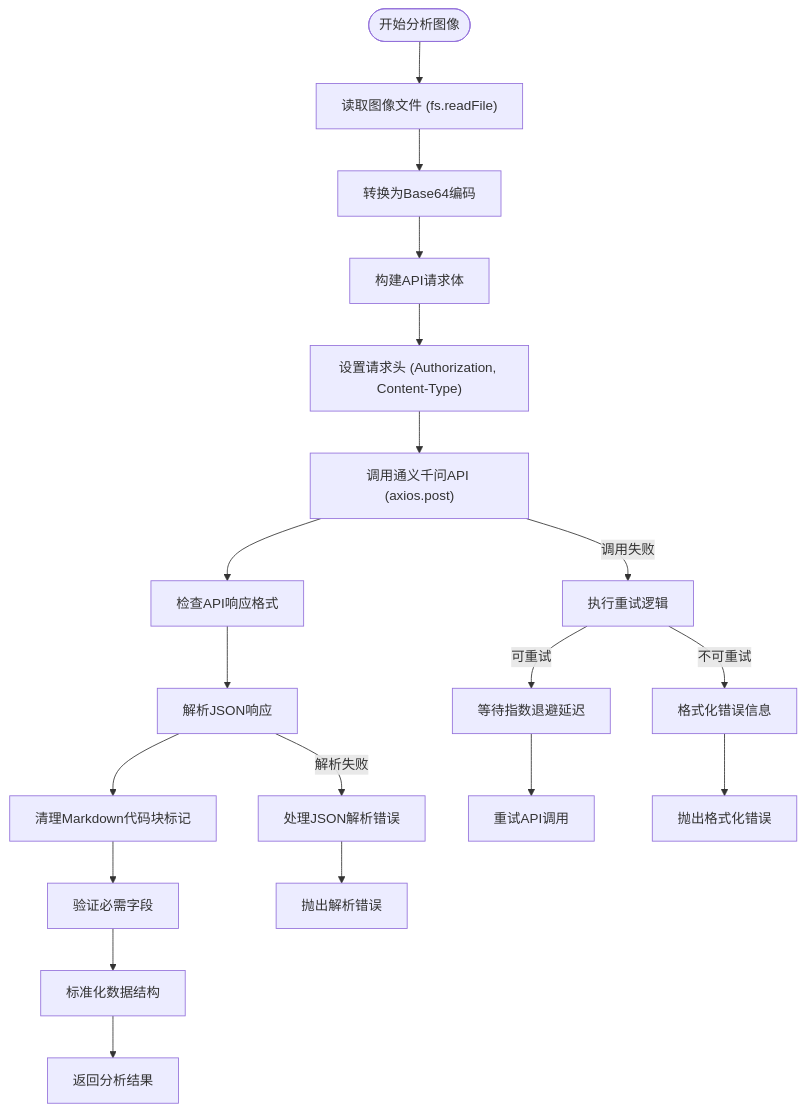
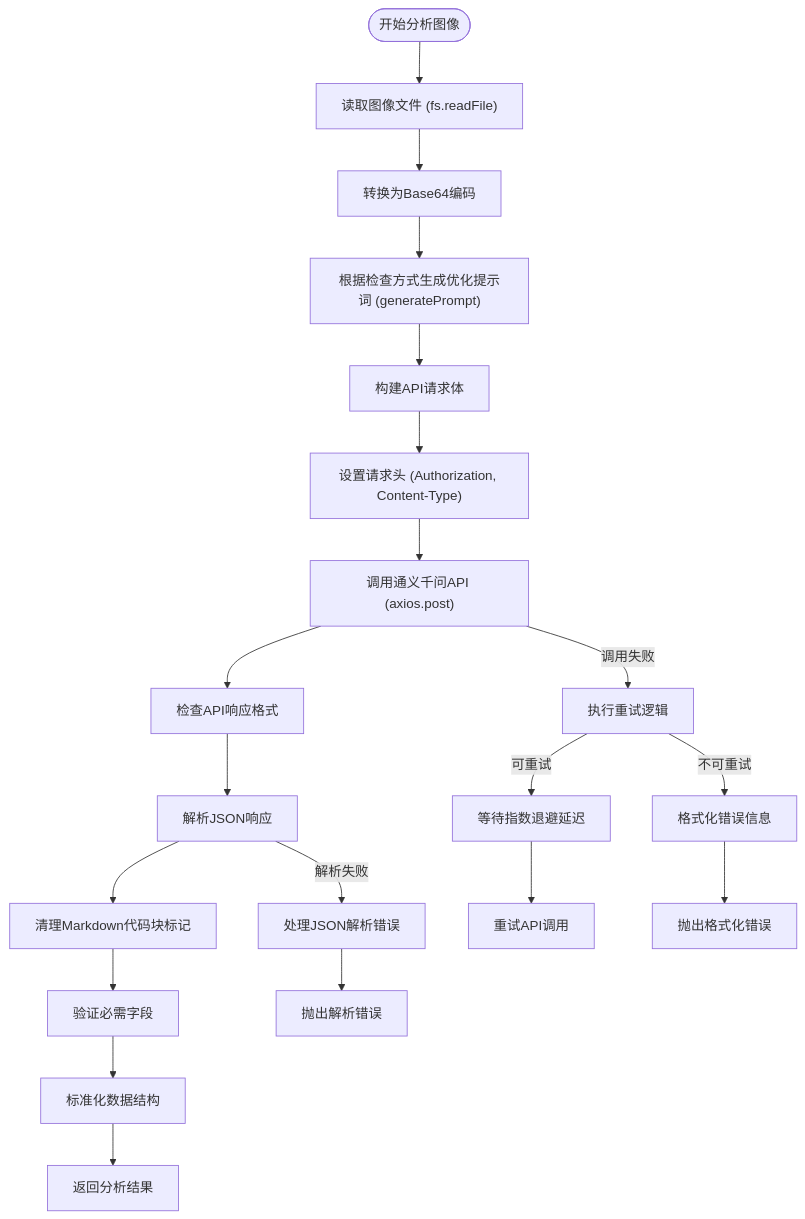
The second of 6 diagrams in wiki/后端架构/业务逻辑层/AI分析服务.md (xingranya/CervixDetectAI), drawn with Mermaid before and after one commit. The commit also changed other lines of this file, not shown here.

````diff
--- a/wiki/后端架构/业务逻辑层/AI分析服务.md
+++ b/wiki/后端架构/业务逻辑层/AI分析服务.md
@@ -63,21 +273,22 @@
 ```mermaid
 flowchart TD
 Start([开始分析图像]) --> ReadImage["读取图像文件 (fs.readFile)"]
 ReadImage --> ConvertBase64["转换为Base64编码"]
-ConvertBase64 --> BuildRequest["构建API请求体"]
+ConvertBase64 --> GeneratePrompt["根据检查方式生成优化提示词 (generatePrompt)"]
+GeneratePrompt --> BuildRequest["构建API请求体"]
 BuildRequest --> SetHeaders["设置请求头 (Authorization, Content-Type)"]
 SetHeaders --> CallAPI["调用通义千问API (axios.post)"]
 CallAPI --> CheckResponse["检查API响应格式"]
 CheckResponse --> ParseJSON["解析JSON响应"]
 ParseJSON --> CleanContent["清理Markdown代码块标记"]
 CleanContent --> ValidateFields["验证必需字段"]
 ValidateFields --> Standardize["标准化数据结构"]
 Standardize --> ReturnResult["返回分析结果"]
 ParseJSON --> |解析失败| HandleParseError["处理JSON解析错误"]
 HandleParseError --> ThrowError["抛出解析错误"]
 CallAPI --> |调用失败| RetryLogic["执行重试逻辑"]
 RetryLogic --> |可重试| Delay["等待指数退避延迟"]
 Delay --> RetryCall["重试API调用"]
 RetryLogic --> |不可重试| FormatError["格式化错误信息"]
 FormatError --> ThrowFormattedError["抛出格式化错误"]
 ```
````
